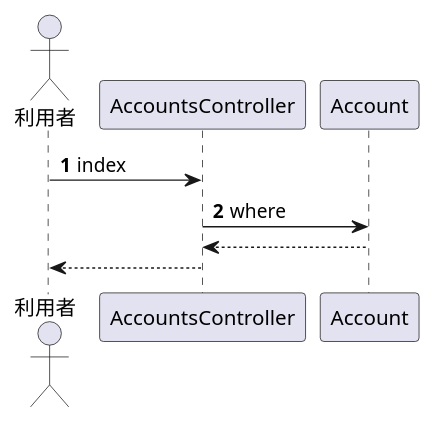
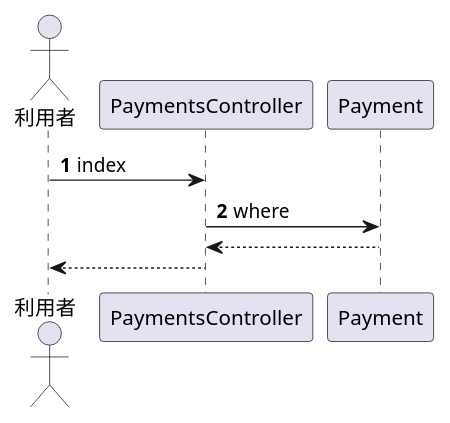
Before and after one commit to Leonis0813/chort: the fifth of 8 diagrams in algieba/sphinx/internal.rst, drawn with PlantUML. The commit also changed other lines of this file and 2 other files, not shown here.

```diff
--- a/algieba/sphinx/internal.rst
+++ b/algieba/sphinx/internal.rst
@@ -244,11 +244,11 @@
 .. uml::
 
    autonumber
 
    actor 利用者
-   利用者 -> AccountsController : index
-   AccountsController -> Account : where
+   利用者 -> PaymentsController : index
+   PaymentsController -> Payment : where
 
    autonumber stop
-   Account --> AccountsController
-   AccountsController --> 利用者
+   Payment --> PaymentsController
+   PaymentsController --> 利用者
```
